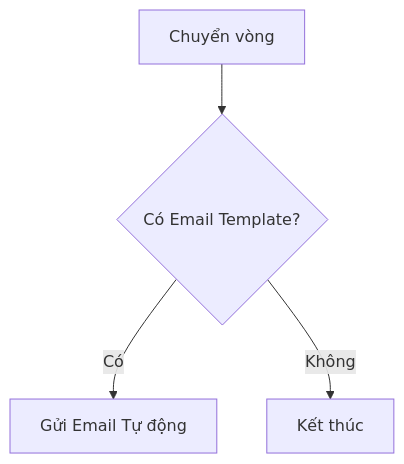
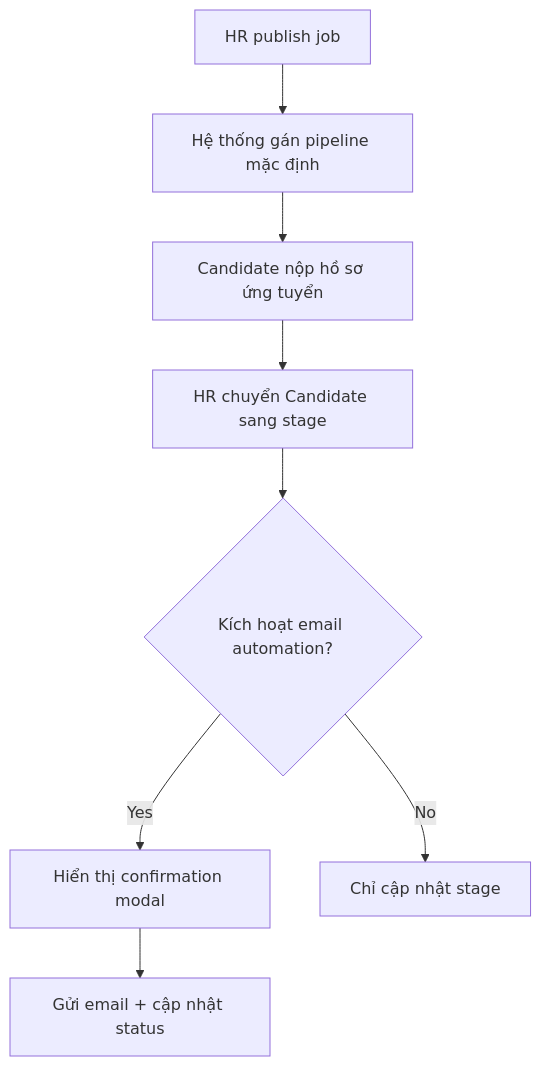
The diagram in nghiep_vu/epic-04_Pipeline_Automation/brief.md (VanHaPtit/EasyTech_FE), drawn with Mermaid before and after one commit. The commit also changed other lines of this file and 227 other files, not shown here.

````diff
--- a/nghiep_vu/epic-04_Pipeline_Automation/brief.md
+++ b/nghiep_vu/epic-04_Pipeline_Automation/brief.md
@@ -12,6 +15,10 @@
 ```mermaid
 graph TD
-  A[Chuyển vòng] --> B{Có Email Template?}
-  B -- Có --> C[Gửi Email Tự động]
-  B -- Không --> D[Kết thúc]
+  A[HR publish job] --> B[Hệ thống gán pipeline mặc định]
+  B --> C[Candidate nộp hồ sơ ứng tuyển]
+  C --> D[HR chuyển Candidate sang stage]
+  D --> E{Kích hoạt email automation?}
+  E -- Yes --> F[Hiển thị confirmation modal]
+  F --> G[Gửi email + cập nhật status]
+  E -- No --> H[Chỉ cập nhật stage]
 ```
````
